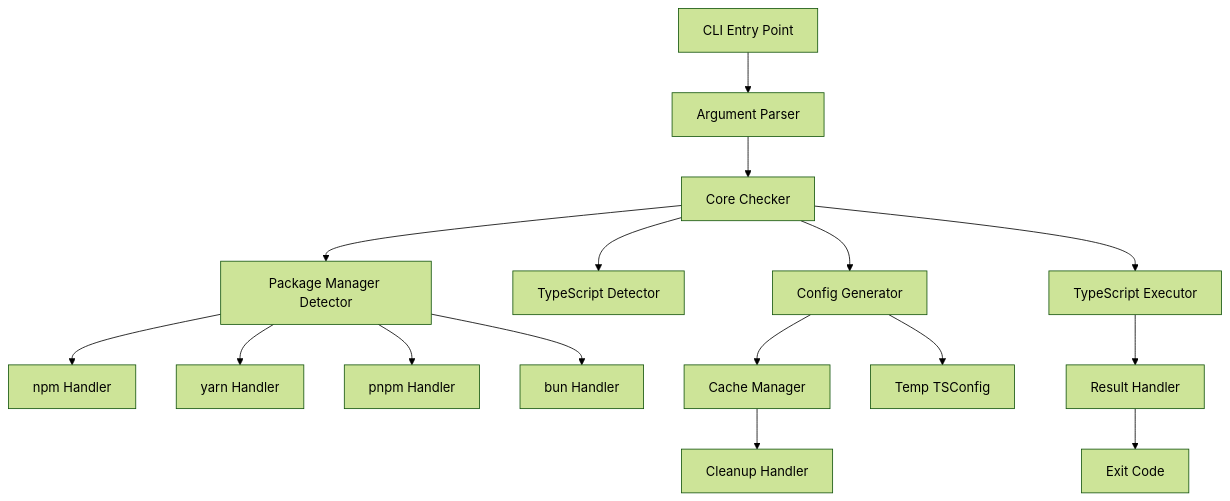
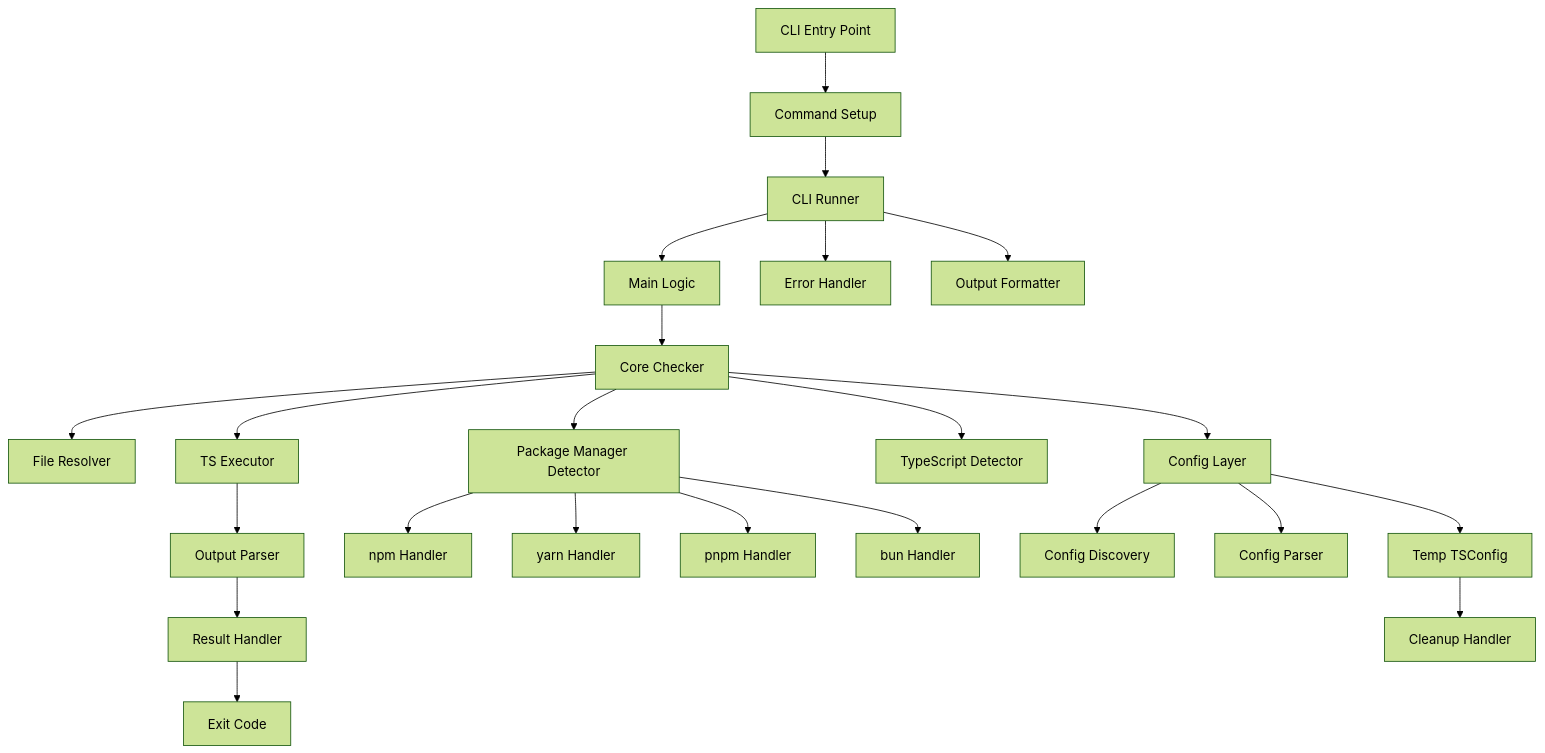
One commit to jbabin91/tsc-files changed the first of 2 diagrams in docs/architecture.md. Above: the diagram before and after it, drawn with Mermaid (forest theme). The commit also changed other lines of this file and 2 other files, not shown here.

First line of the commit message:
docs: :memo: comprehensive documentation update reflecting modular architecture and enhanced features

````diff
--- a/docs/architecture.md
+++ b/docs/architecture.md
@@ -5,23 +5,32 @@
 ```mermaid
 graph TB
-    CLI[CLI Entry Point] --> Parser[Argument Parser]
-    Parser --> Core[Core Checker]
+    CLI[CLI Entry Point] --> Command[Command Setup]
+    Command --> Runner[CLI Runner]
+    Runner --> Main[Main Logic]
+
+    Main --> Core[Core Checker]
+    Core --> Resolver[File Resolver]
+    Core --> Executor[TS Executor]
 
     Core --> PM[Package Manager Detector]
     Core --> TS[TypeScript Detector]
-    Core --> Config[Config Generator]
+    Core --> Config[Config Layer]
 
     PM --> NPM[npm Handler]
     PM --> Yarn[yarn Handler]
     PM --> PNPM[pnpm Handler]
     PM --> Bun[bun Handler]
 
-    Config --> Cache[Cache Manager]
+    Config --> Discovery[Config Discovery]
+    Config --> Parser[Config Parser]
     Config --> Temp[Temp TSConfig]
 
-    Core --> Exec[TypeScript Executor]
-    Exec --> Results[Result Handler]
+    Executor --> OutputParser[Output Parser]
+    OutputParser --> Results[Result Handler]
+
+    Runner --> ErrorHandler[Error Handler]
+    Runner --> OutputFormatter[Output Formatter]
 
     Results --> Exit[Exit Code]
-    Cache --> Cleanup[Cleanup Handler]
+    Temp --> Cleanup[Cleanup Handler]
 ```
````
